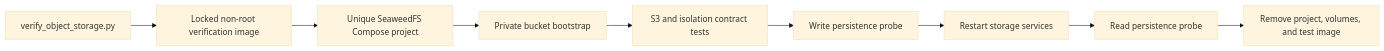
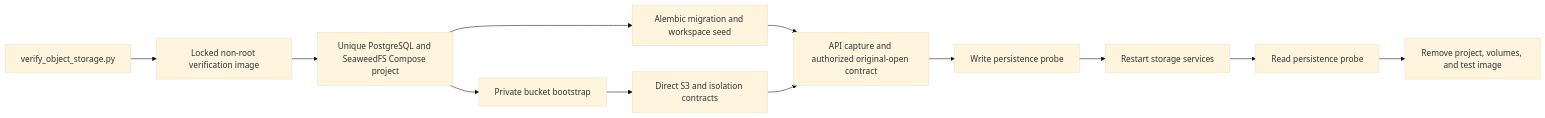
One commit to rnkraus/investment-research changed the fifth of 6 diagrams in backend/scripts/README.md. Above: the diagram before and after it, drawn with Mermaid (base theme). The commit also changed other lines of this file and 6 other files, not shown here.

````diff
--- a/backend/scripts/README.md
+++ b/backend/scripts/README.md
@@ -106,11 +106,14 @@
 ```mermaid
 flowchart LR
     COMMAND[verify_object_storage.py] --> IMAGE[Locked non-root verification image]
-    IMAGE --> COMPOSE[Unique SeaweedFS Compose project]
+    IMAGE --> COMPOSE[Unique PostgreSQL and SeaweedFS Compose project]
+    COMPOSE --> MIGRATE[Alembic migration and workspace seed]
     COMPOSE --> BOOTSTRAP[Private bucket bootstrap]
-    BOOTSTRAP --> CONTRACTS[S3 and isolation contract tests]
-    CONTRACTS --> WRITE[Write persistence probe]
+    BOOTSTRAP --> CONTRACTS[Direct S3 and isolation contracts]
+    MIGRATE --> API[API capture and authorized original-open contract]
+    CONTRACTS --> API
+    API --> WRITE[Write persistence probe]
     WRITE --> RESTART[Restart storage services]
     RESTART --> READ[Read persistence probe]
     READ --> CLEANUP[Remove project, volumes, and test image]
 ```
````
